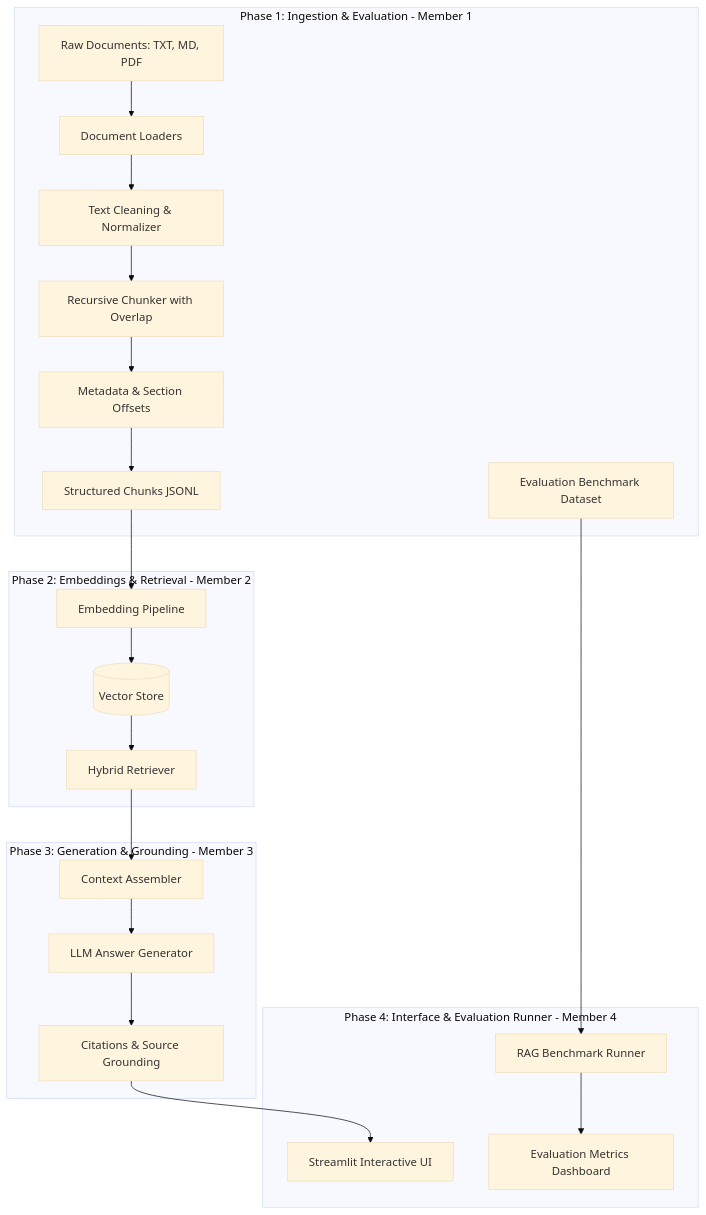
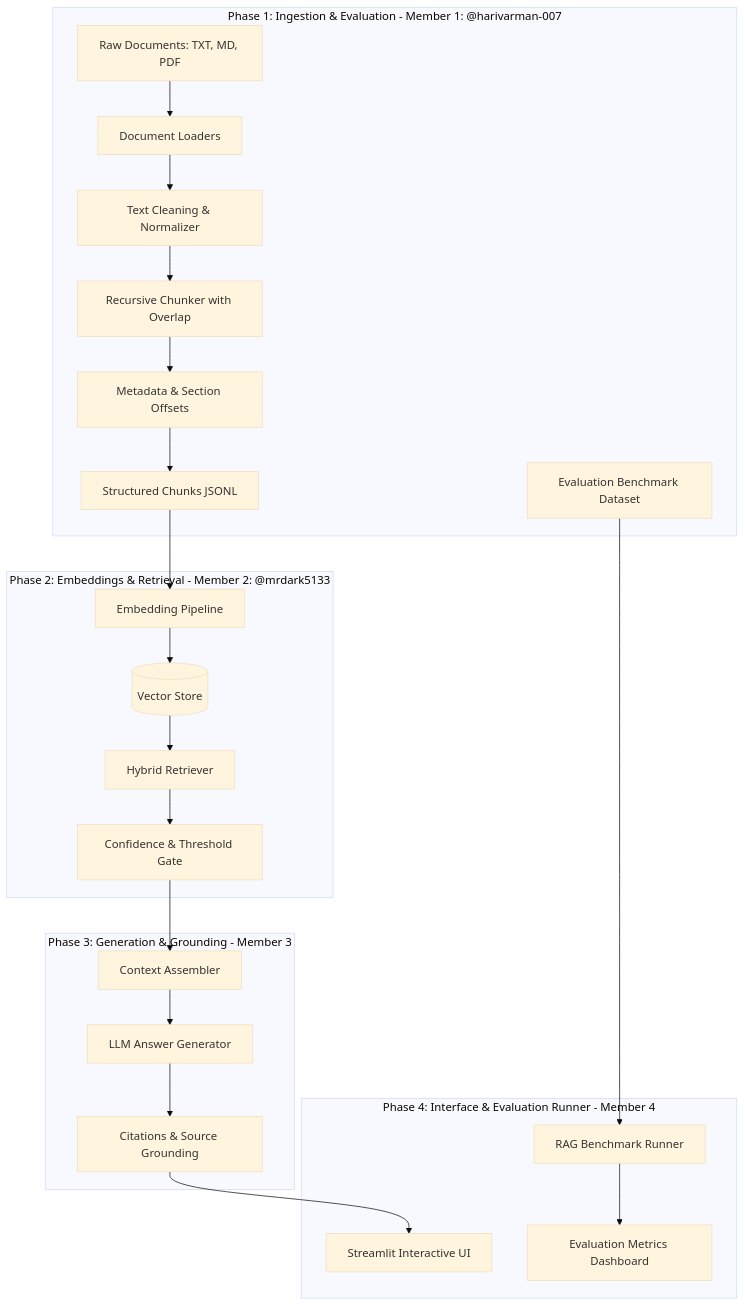
The diagram in plan.md (irfanbasha11012007-max/mr.Dark-HS2026-043), drawn with Mermaid (base theme) before and after one commit. The commit also changed other lines of this file and 3 other files, not shown here.

````diff
--- a/plan.md
+++ b/plan.md
@@ -5,29 +5,30 @@
 ```mermaid
 graph TD
-    subgraph Phase 1 [Phase 1: Ingestion & Evaluation - Member 1]
+    subgraph Phase 1 [Phase 1: Ingestion & Evaluation - Member 1: @harivarman-007]
         RawDocs[Raw Documents: TXT, MD, PDF] --> Loaders[Document Loaders]
         Loaders --> Clean[Text Cleaning & Normalizer]
         Clean --> Chunker[Recursive Chunker with Overlap]
         Chunker --> Meta[Metadata & Section Offsets]
         Meta --> ChunksJSONL[Structured Chunks JSONL]
         EvalSet[Evaluation Benchmark Dataset]
     end
 
-    subgraph Phase 2 [Phase 2: Embeddings & Retrieval - Member 2]
+    subgraph Phase 2 [Phase 2: Embeddings & Retrieval - Member 2: @mrdark5133]
         ChunksJSONL --> Embedder[Embedding Pipeline]
         Embedder --> VectorDB[(Vector Store)]
         VectorDB --> Retriever[Hybrid Retriever]
+        Retriever --> ConfidenceGate[Confidence & Threshold Gate]
     end
 
     subgraph Phase 3 [Phase 3: Generation & Grounding - Member 3]
-        Retriever --> ContextBuilder[Context Assembler]
+        ConfidenceGate --> ContextBuilder[Context Assembler]
         ContextBuilder --> LLM[LLM Answer Generator]
         LLM --> Citations[Citations & Source Grounding]
     end
 
     subgraph Phase 4 [Phase 4: Interface & Evaluation Runner - Member 4]
         Citations --> StreamlitUI[Streamlit Interactive UI]
         EvalSet --> EvalRunner[RAG Benchmark Runner]
         EvalRunner --> MetricsReport[Evaluation Metrics Dashboard]
     end
 ```
````
